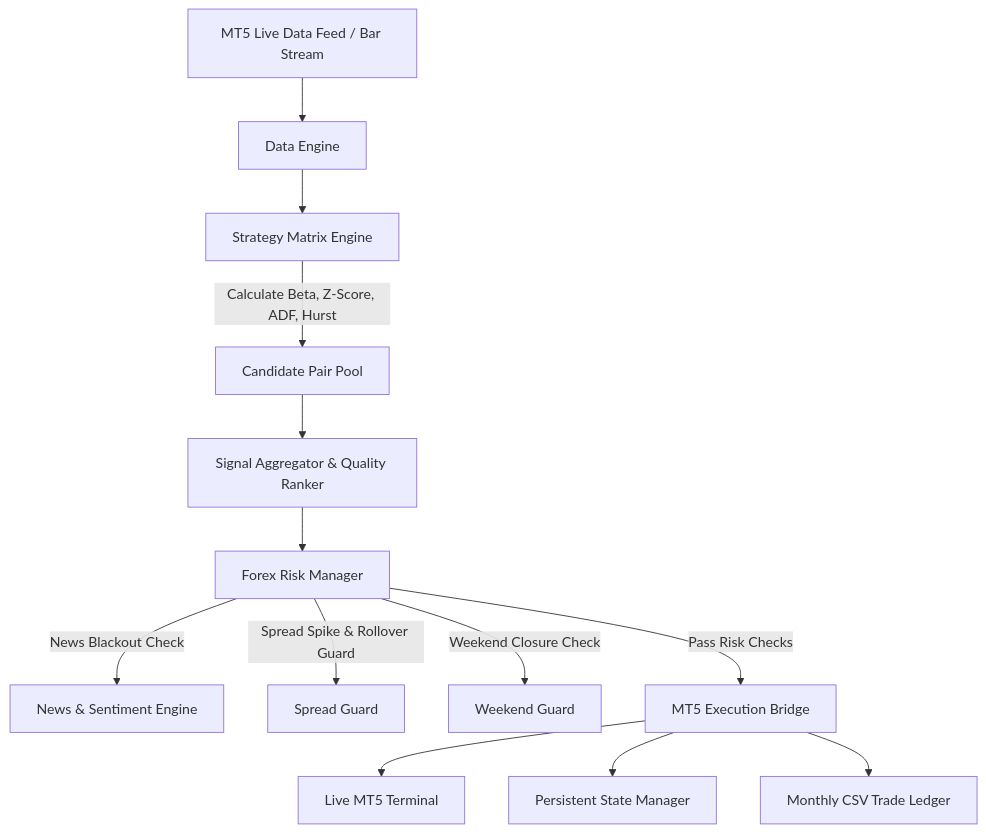
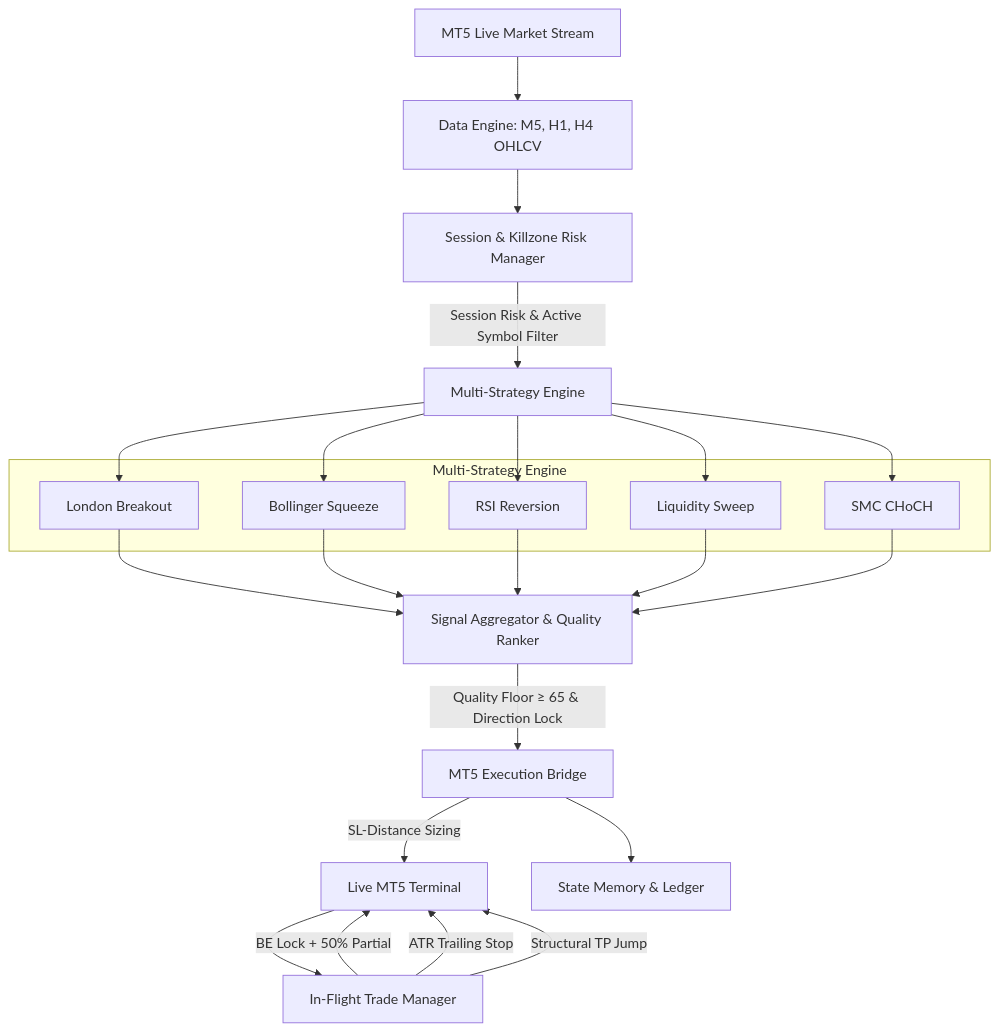
The diagram in README.md (Ugochi56/Meridian-Multi-Pair-Bot), drawn with Mermaid before and after one commit. The commit also changed other lines of this file, not shown here.

Commit message:
docs: overhaul README.md for Meridian 2.0 multi-pair direct execution architecture under Apache 2.0 license

````diff
--- a/README.md
+++ b/README.md
@@ -70,15 +57,27 @@
 ```mermaid
 graph TD
-    A[MT5 Live Data Feed / Bar Stream] --> B[Data Engine]
-    B --> C[Strategy Matrix Engine]
-    C -->|Calculate Beta, Z-Score, ADF, Hurst| D[Candidate Pair Pool]
-    D --> E[Signal Aggregator & Quality Ranker]
-    E --> F[Forex Risk Manager]
-    F -->|News Blackout Check| G1[News & Sentiment Engine]
-    F -->|Spread Spike & Rollover Guard| G2[Spread Guard]
-    F -->|Weekend Closure Check| G3[Weekend Guard]
-    F -->|Pass Risk Checks| H[MT5 Execution Bridge]
-    H --> I[Live MT5 Terminal]
-    H --> J[Persistent State Manager]
-    H --> K[Monthly CSV Trade Ledger]
+    A[MT5 Live Market Stream] --> B[Data Engine: M5, H1, H4 OHLCV]
+    B --> C[Session & Killzone Risk Manager]
+    C -->|Session Risk & Active Symbol Filter| D[Multi-Strategy Engine]
+    
+    subgraph Multi-Strategy Engine
+        D1[London Breakout]
+        D2[Bollinger Squeeze]
+        D3[RSI Reversion]
+        D4[Liquidity Sweep]
+        D5[SMC CHoCH]
+    end
+
+    D --> D1 & D2 & D3 & D4 & D5
+    D1 & D2 & D3 & D4 & D5 --> E[Signal Aggregator & Quality Ranker]
+    
+    E -->|Quality Floor ≥ 65 & Direction Lock| F[MT5 Execution Bridge]
+    F -->|SL-Distance Sizing| G[Live MT5 Terminal]
+    
+    G --> H[In-Flight Trade Manager]
+    H -->|BE Lock + 50% Partial| G
+    H -->|ATR Trailing Stop| G
+    H -->|Structural TP Jump| G
+    
+    F --> I[State Memory & Ledger]
 ```
````
